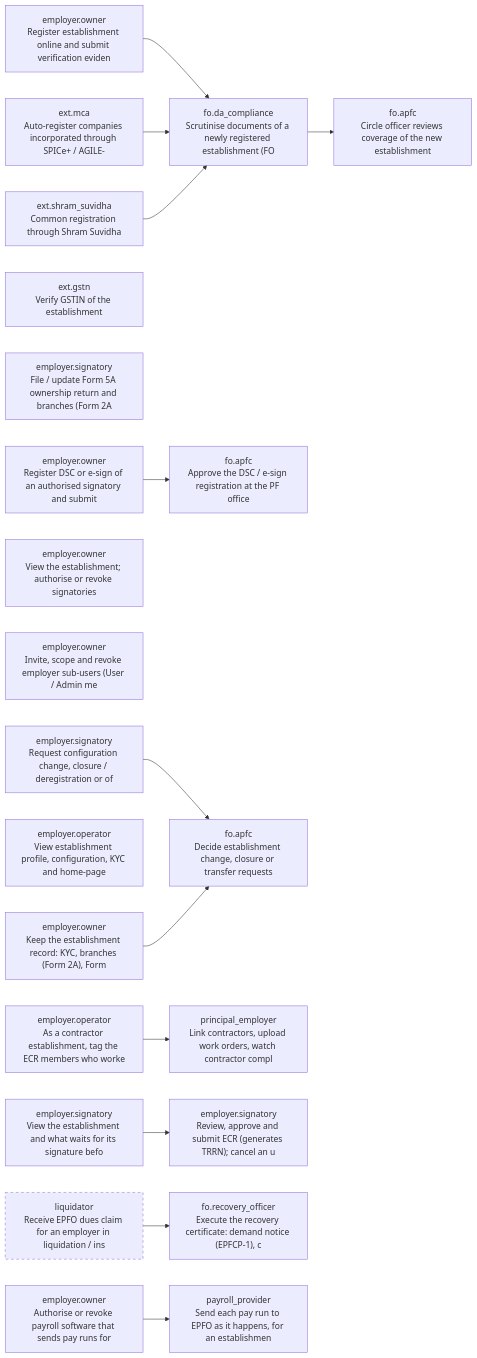
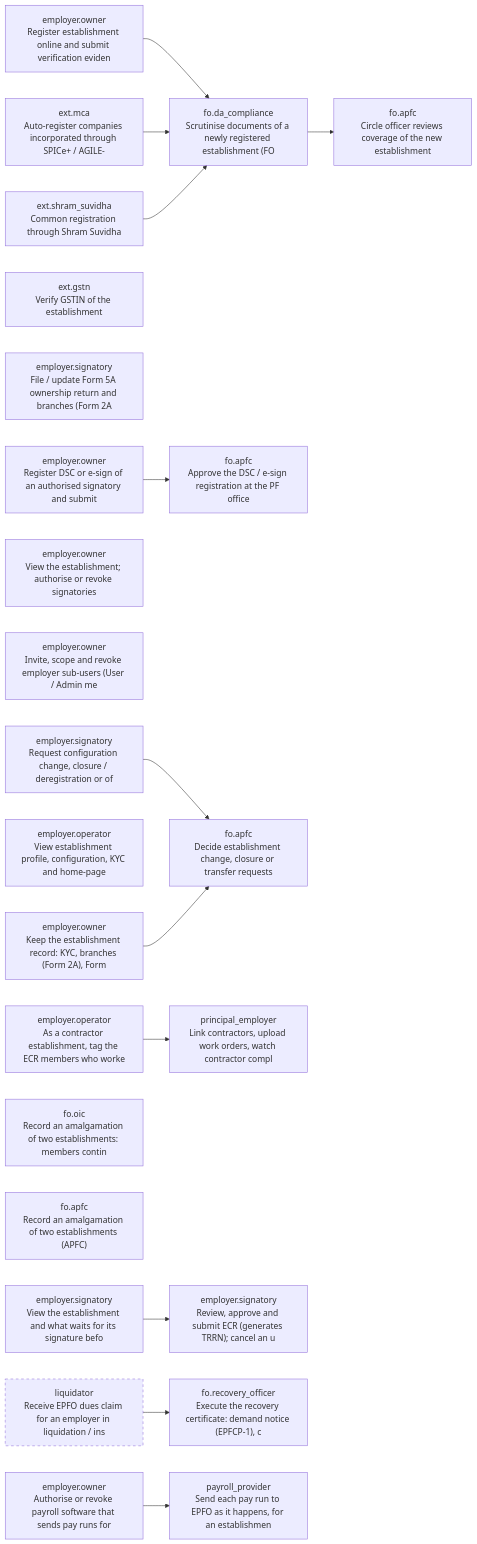
Before and after one commit to gauravmeena0708/pf-life: the first of 14 diagrams in docs/stakeholder-api-sets.md, drawn with Mermaid. The commit also changed other lines of this file and 15 other files, not shown here.

````diff
--- a/docs/stakeholder-api-sets.md
+++ b/docs/stakeholder-api-sets.md
@@ -1576,38 +1587,40 @@
 ```mermaid
 flowchart LR
   F01_register["employer.owner<br/>Register establishment online and submit verification eviden"]
   F01_mca_autoreg["ext.mca<br/>Auto-register companies incorporated through SPICe+ / AGILE-"]
   F01_ssp_reg["ext.shram_suvidha<br/>Common registration through Shram Suvidha"]
   F01_kyc_registry["ext.gstn<br/>Verify GSTIN of the establishment"]
   F01_olre_scrutiny["fo.da_compliance<br/>Scrutinise documents of a newly registered establishment (FO"]
   F01_circle_review["fo.apfc<br/>Circle officer reviews coverage of the new establishment"]
   F01_form5a["employer.signatory<br/>File / update Form 5A ownership return and branches (Form 2A"]
   F01_dsc_register["employer.owner<br/>Register DSC or e-sign of an authorised signatory and submit"]
   F01_dsc_approve["fo.apfc<br/>Approve the DSC / e-sign registration at the PF office"]
   F01_signatories["employer.owner<br/>View the establishment; authorise or revoke signatories"]
   F01_operators["employer.owner<br/>Invite, scope and revoke employer sub-users (User / Admin me"]
   F01_signatory_profile["employer.signatory<br/>View the establishment and what waits for its signature befo"]
   F01_profile["employer.operator<br/>View establishment profile, configuration, KYC and home-page"]
   F01_change_request["employer.signatory<br/>Request configuration change, closure / deregistration or of"]
   F01_change_decide["fo.apfc<br/>Decide establishment change, closure or transfer requests"]
   F01_establishment_owner["employer.owner<br/>Keep the establishment record: KYC, branches (Form 2A), Form"]
+  F01_merger["fo.oic<br/>Record an amalgamation of two establishments: members contin"]
+  F01_merger_apfc["fo.apfc<br/>Record an amalgamation of two establishments (APFC)"]
   F01_contractors["principal_employer<br/>Link contractors, upload work orders, watch contractor compl"]
   F01_contractor_tag["employer.operator<br/>As a contractor establishment, tag the ECR members who worke"]
   F01_liquidation["liquidator<br/>Receive EPFO dues claim for an employer in liquidation / ins"]
   style F01_liquidation stroke-dasharray: 5 5
   F01_payroll_providers["employer.owner<br/>Authorise or revoke payroll software that sends pay runs for"]
   F01_register --> F01_olre_scrutiny
   F01_mca_autoreg --> F01_olre_scrutiny
   F01_ssp_reg --> F01_olre_scrutiny
   F01_olre_scrutiny --> F01_circle_review
   F01_dsc_register --> F01_dsc_approve
   F03_ecr_approve["employer.signatory<br/>Review, approve and submit ECR (generates TRRN); cancel an u"]
   F01_signatory_profile --> F03_ecr_approve
   F01_change_request --> F01_change_decide
   F01_establishment_owner --> F01_change_decide
   F01_contractor_tag --> F01_contractors
   F06_recovery["fo.recovery_officer<br/>Execute the recovery certificate: demand notice (EPFCP-1), c"]
   F01_liquidation --> F06_recovery
   F03_pay_runs["payroll_provider<br/>Send each pay run to EPFO as it happens, for an establishmen"]
   F01_payroll_providers --> F03_pay_runs
 ```
````
